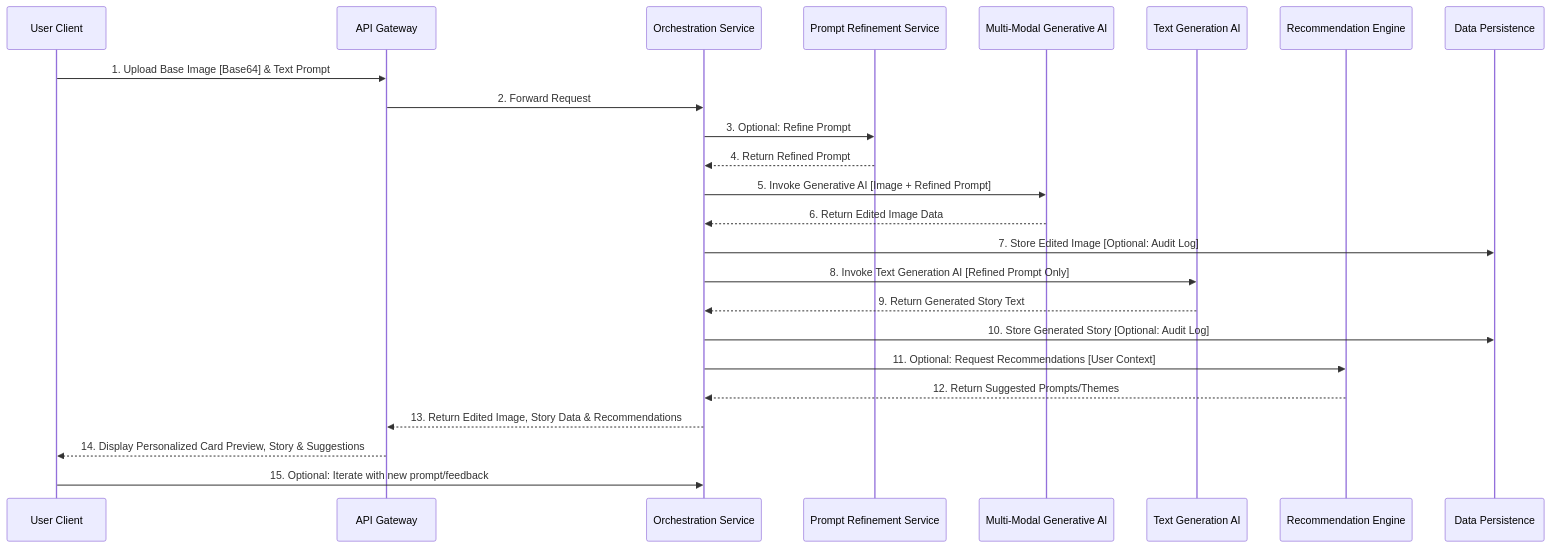
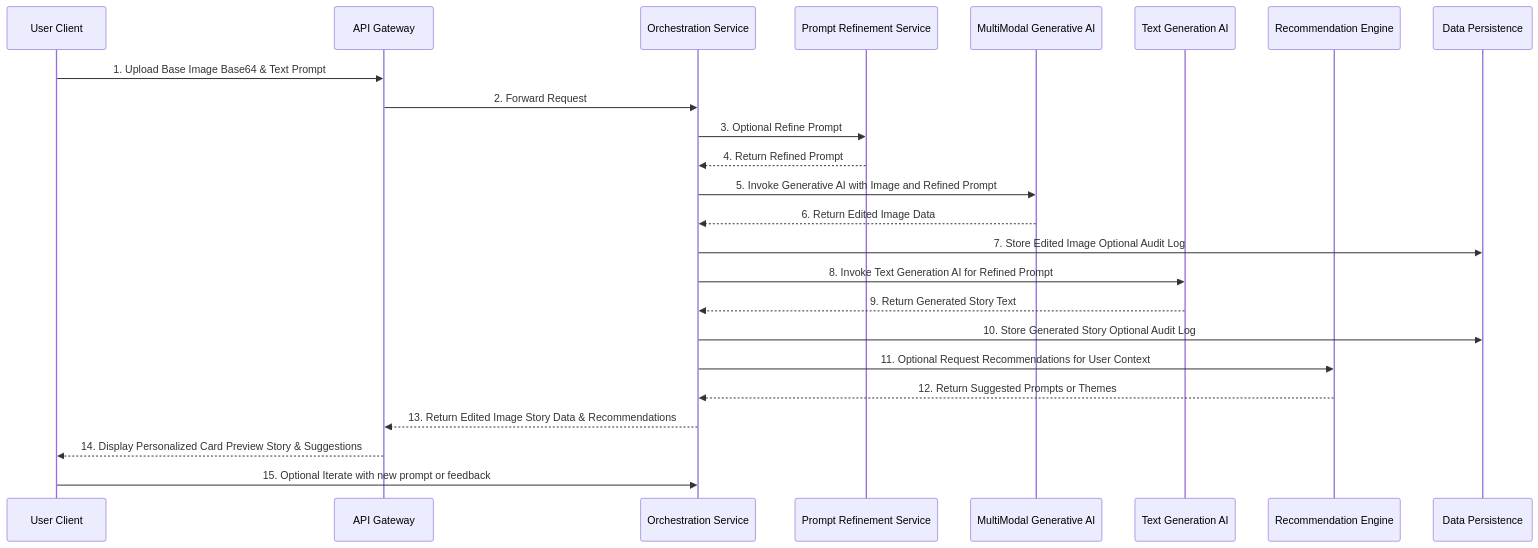
One commit to diplomat-bit/Citibank_Demo_Business_Inc_Demonstration- changed the second of 6 diagrams in inventions/003_narrative_generative_image_editing.md. Above: the diagram before and after it, drawn with Mermaid. The commit also changed other lines of this file, not shown here.

Commit message:
[AI] Edit: inventions/003_narrative_generative_image_editing.md

````diff
--- a/inventions/003_narrative_generative_image_editing.md
+++ b/inventions/003_narrative_generative_image_editing.md
@@ -54,27 +56,27 @@
 ```mermaid
 sequenceDiagram
     participant User as User Client
     participant API as API Gateway
     participant Orchestrator as Orchestration Service
     participant PromptRefiner as Prompt Refinement Service
-    participant GenerativeAI as Multi-Modal Generative AI
+    participant GenerativeAI as MultiModal Generative AI
     participant TextGenAI as Text Generation AI
     participant Recommender as Recommendation Engine
     participant DB as Data Persistence
 
-    User->>API: 1. Upload Base Image [Base64] & Text Prompt
+    User->>API: 1. Upload Base Image Base64 & Text Prompt
     API->>Orchestrator: 2. Forward Request
-    Orchestrator->>PromptRefiner: 3. Optional: Refine Prompt
+    Orchestrator->>PromptRefiner: 3. Optional Refine Prompt
     PromptRefiner-->>Orchestrator: 4. Return Refined Prompt
-    Orchestrator->>GenerativeAI: 5. Invoke Generative AI [Image + Refined Prompt]
+    Orchestrator->>GenerativeAI: 5. Invoke Generative AI with Image and Refined Prompt
     GenerativeAI-->>Orchestrator: 6. Return Edited Image Data
-    Orchestrator->>DB: 7. Store Edited Image [Optional: Audit Log]
-    Orchestrator->>TextGenAI: 8. Invoke Text Generation AI [Refined Prompt Only]
+    Orchestrator->>DB: 7. Store Edited Image Optional Audit Log
+    Orchestrator->>TextGenAI: 8. Invoke Text Generation AI for Refined Prompt
     TextGenAI-->>Orchestrator: 9. Return Generated Story Text
-    Orchestrator->>DB: 10. Store Generated Story [Optional: Audit Log]
-    Orchestrator->>Recommender: 11. Optional: Request Recommendations [User Context]
-    Recommender-->>Orchestrator: 12. Return Suggested Prompts/Themes
-    Orchestrator-->>API: 13. Return Edited Image, Story Data & Recommendations
-    API-->>User: 14. Display Personalized Card Preview, Story & Suggestions
-    User->>Orchestrator: 15. Optional: Iterate with new prompt/feedback
+    Orchestrator->>DB: 10. Store Generated Story Optional Audit Log
+    Orchestrator->>Recommender: 11. Optional Request Recommendations for User Context
+    Recommender-->>Orchestrator: 12. Return Suggested Prompts or Themes
+    Orchestrator-->>API: 13. Return Edited Image Story Data & Recommendations
+    API-->>User: 14. Display Personalized Card Preview Story & Suggestions
+    User->>Orchestrator: 15. Optional Iterate with new prompt or feedback
 ```
````
